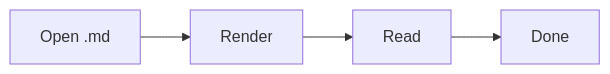
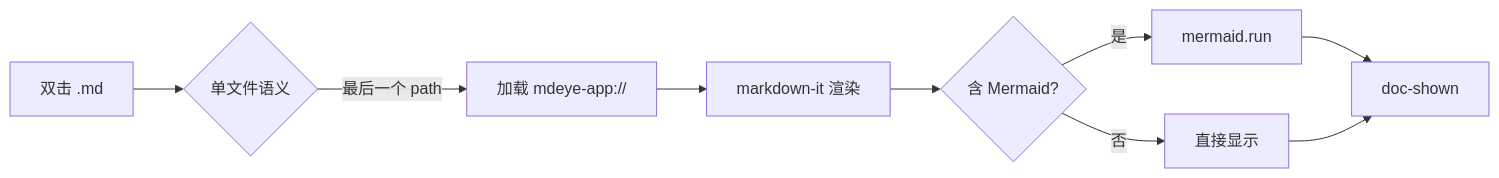
One commit to ijaa/mdeasy changed the first of 8 diagrams in fixtures/sample.md. Above: the diagram before and after it, drawn with Mermaid. The commit also changed other lines of this file and 8 other files, not shown here.

First line of the commit message:
docs: 合并双语 README 并新增界面截图与示范文档

````diff
--- a/fixtures/sample.md
+++ b/fixtures/sample.md
@@ -33,6 +186,11 @@
 ```mermaid
 graph LR
-  A[Open .md] --> B[Render]
-  B --> C[Read]
-  C --> D[Done]
+  A[双击 .md] --> B{单文件语义}
+  B -->|最后一个 path| C[加载 mdeye-app://]
+  C --> D[markdown-it 渲染]
+  D --> E{含 Mermaid?}
+  E -->|是| F[mermaid.run]
+  E -->|否| G[直接显示]
+  F --> H[doc-shown]
+  G --> H
 ```
````
